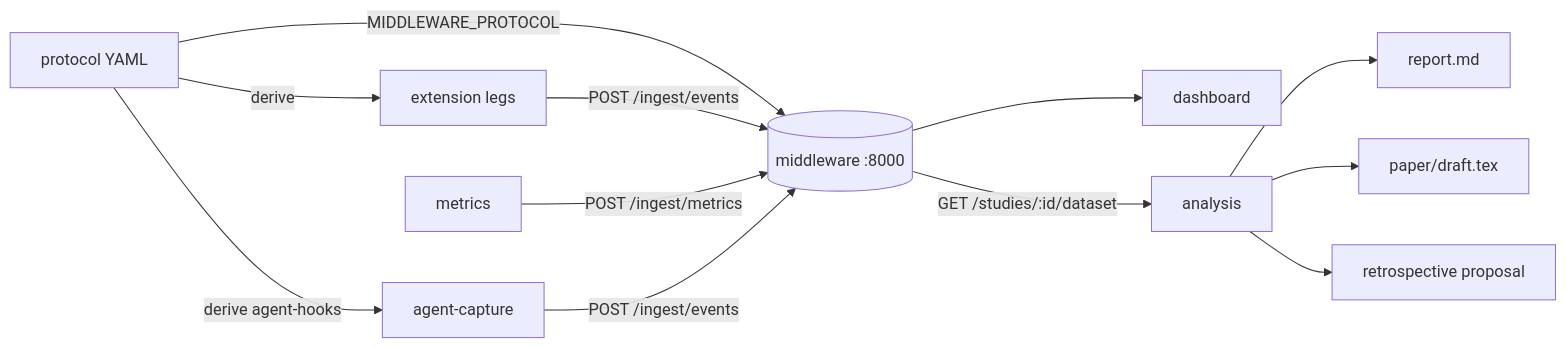
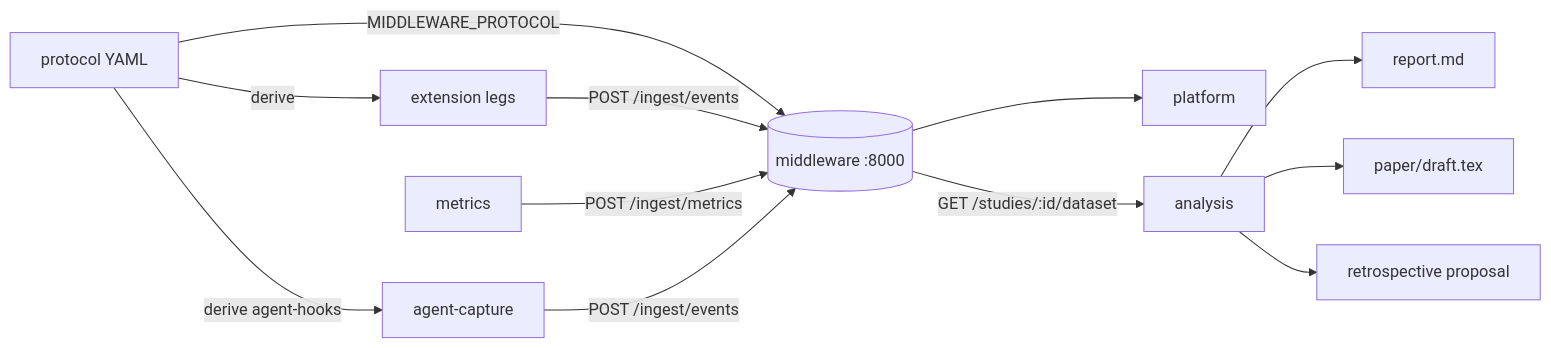
Before and after one commit to idreesshaikh/human-ai-studies-framework: the diagram in RUNBOOK.md, drawn with Mermaid. The commit also changed other lines of this file and 391 other files, not shown here.

````diff
--- a/RUNBOOK.md
+++ b/RUNBOOK.md
@@ -33,14 +31,14 @@
 ```mermaid
 flowchart LR
     P[protocol YAML] -->|derive| E[extension legs]
     P -->|derive agent-hooks| AC[agent-capture]
     P -->|MIDDLEWARE_PROTOCOL| M[(middleware :8000)]
     E -->|POST /ingest/events| M
     MET[metrics] -->|POST /ingest/metrics| M
     AC -->|POST /ingest/events| M
-    M --> D[dashboard]
+    M --> D[platform]
     M -->|GET /studies/:id/dataset| A[analysis]
     A --> R[report.md]
     A --> PD[paper/draft.tex]
     A --> RS[retrospective proposal]
 ```
````
